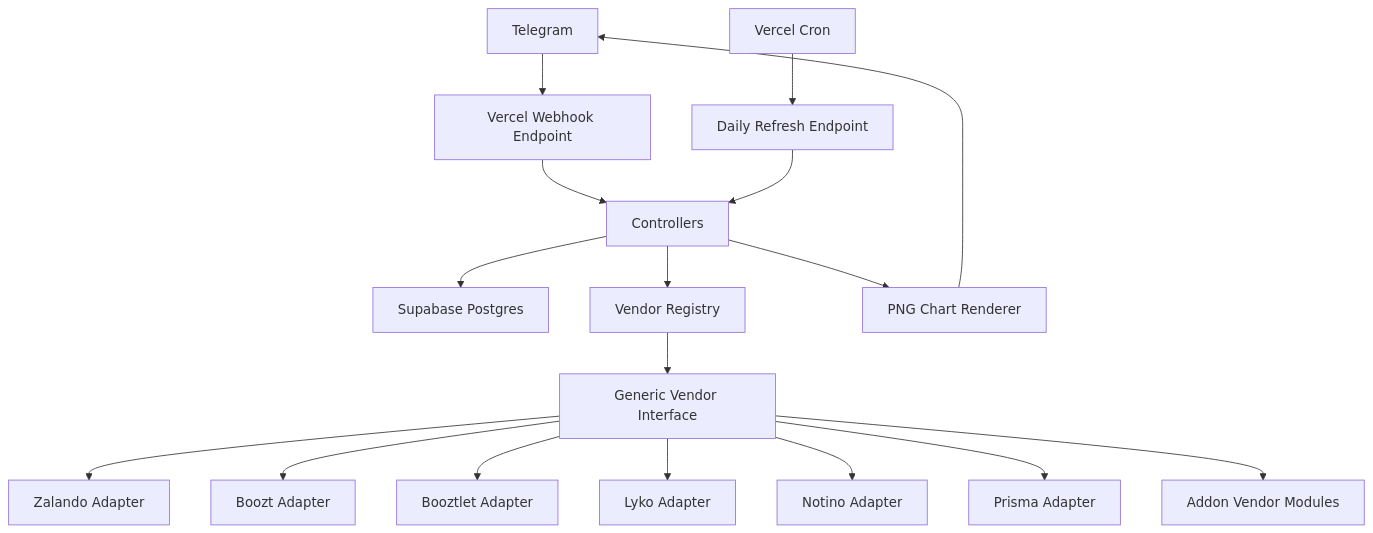
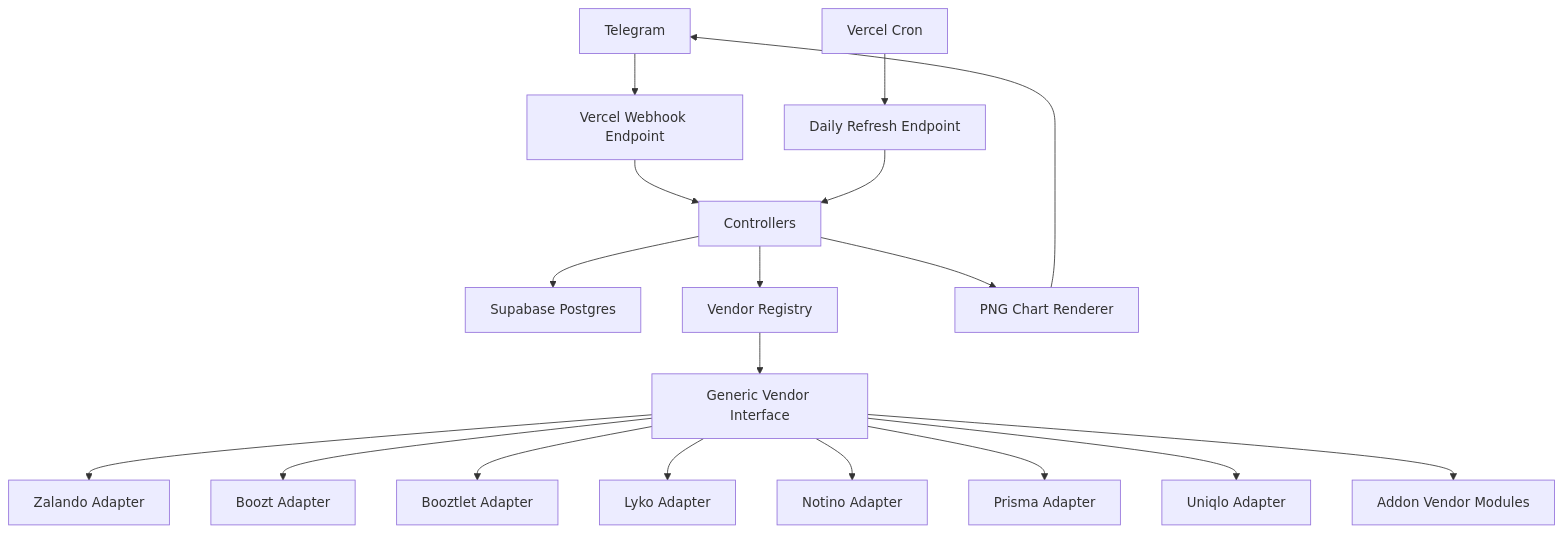
The diagram in README.md (minhdangphuoc/ecom-product-price-telegram-bot), drawn with Mermaid before and after one commit. The commit also changed other lines of this file and 3 other files, not shown here.

````diff
--- a/README.md
+++ b/README.md
@@ -34,19 +35,20 @@
 ```mermaid
 flowchart TD
     TG["Telegram"] --> WEBHOOK["Vercel Webhook Endpoint"]
     CRON["Vercel Cron"] --> DAILY["Daily Refresh Endpoint"]
     WEBHOOK --> CTRL["Controllers"]
     DAILY --> CTRL
     CTRL --> DB["Supabase Postgres"]
     CTRL --> REG["Vendor Registry"]
     REG --> GV["Generic Vendor Interface"]
     GV --> Z["Zalando Adapter"]
     GV --> B["Boozt Adapter"]
     GV --> BL["Booztlet Adapter"]
     GV --> L["Lyko Adapter"]
     GV --> N["Notino Adapter"]
     GV --> P["Prisma Adapter"]
+    GV --> U["Uniqlo Adapter"]
     GV --> ADDON["Addon Vendor Modules"]
     CTRL --> CHART["PNG Chart Renderer"]
     CHART --> TG
 ```
````
